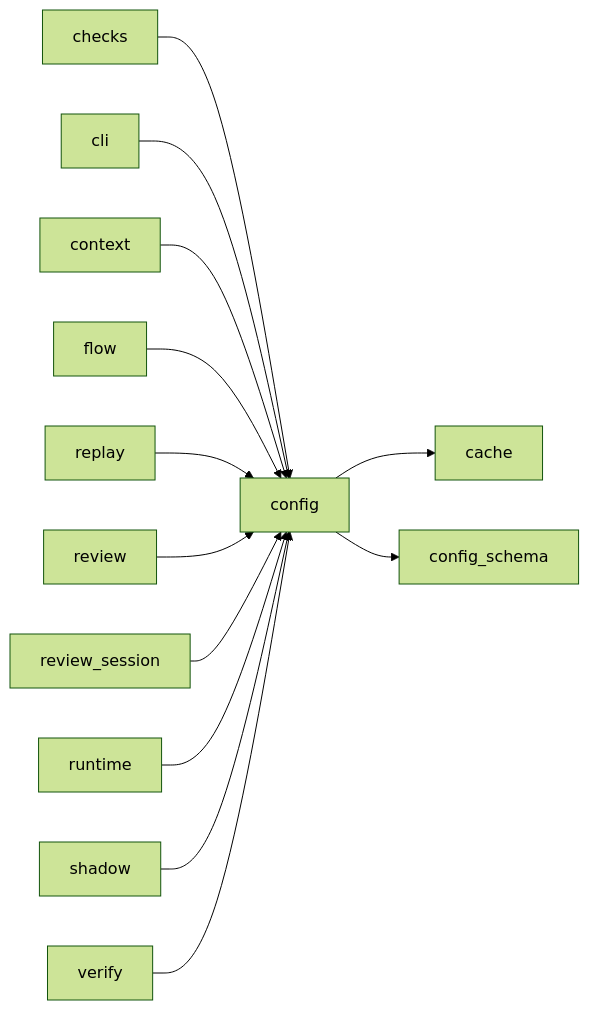
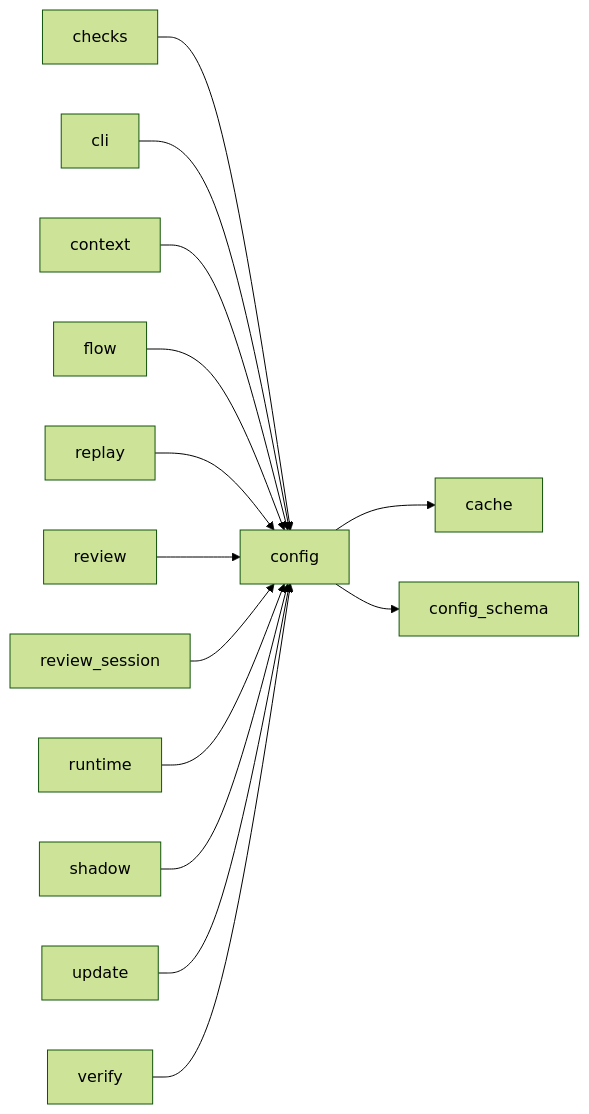
The third of 3 diagrams in docs/architecture/modules/config.md (plaplanche/ariane), drawn with Mermaid (forest theme) before and after one commit. The commit also changed 33 other files, not shown here.

````diff
--- a/docs/architecture/modules/config.md
+++ b/docs/architecture/modules/config.md
@@ -170,15 +170,16 @@
 ```mermaid
 flowchart LR
   checks --> config
   cli --> config
   config --> cache
   config --> config_schema
   context --> config
   flow --> config
   replay --> config
   review --> config
   review_session --> config
   runtime --> config
   shadow --> config
+  update --> config
   verify --> config
 ```
````
